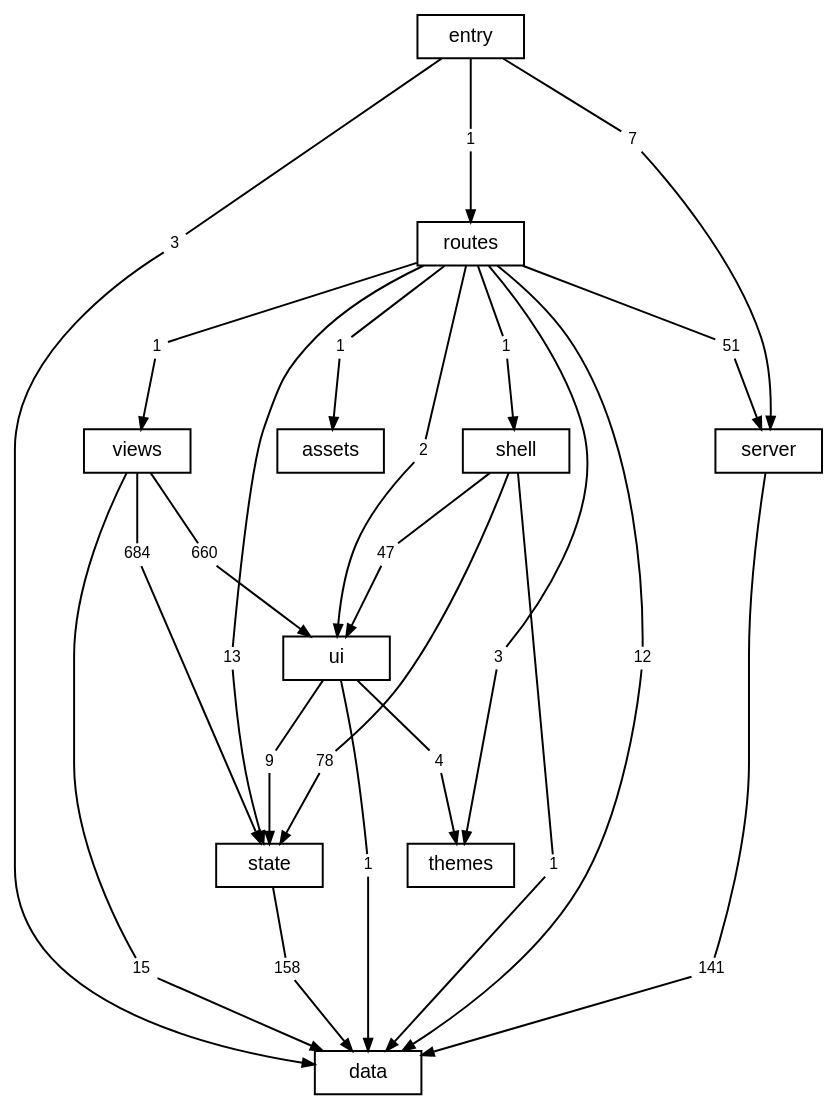
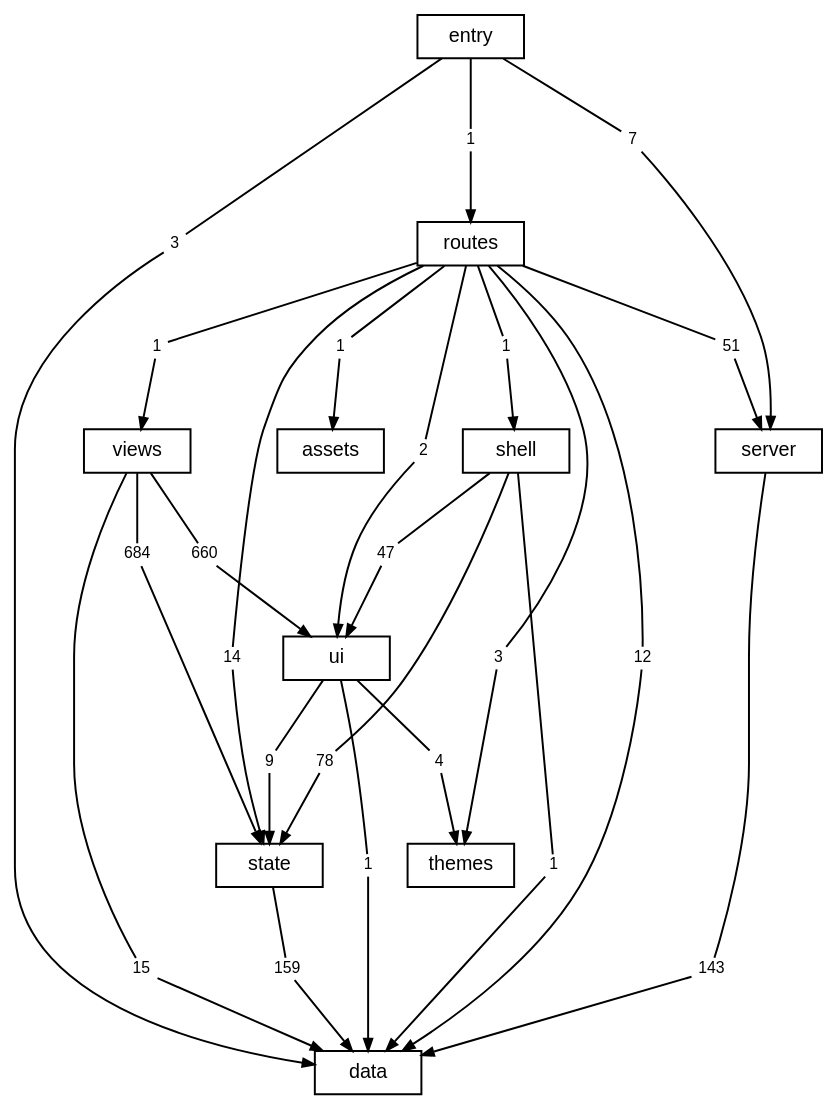
One commit to TheAxeC/oculus changed the diagram in docs/diagrams/layers.dot. Above: the diagram before and after it, drawn with Graphviz. The commit also changed 63 other files, not shown here.

```diff
--- a/docs/diagrams/layers.dot
+++ b/docs/diagrams/layers.dot
@@ -1,81 +1,81 @@
 digraph layers {
     graph [bgcolor="transparent", rankdir=TB, newrank=true, fontname="Helvetica,Arial,sans-serif", fontsize=12, nodesep=0.2, ranksep=0.5];
     node [shape=box, color="black", fontcolor="black", fontname="Helvetica,Arial,sans-serif", fontsize=10, height=0.3, margin="0.12,0.04"];
     edge [color="black", fontcolor="black", fontname="Helvetica,Arial,sans-serif", fontsize=8, arrowsize=0.6];
     "data";
     "server";
     "state";
     "ui";
     "shell";
     "views";
     "themes";
     "routes";
     "src" [label="entry"];
     "files: assets" [label="assets"];
     "routes to data" [label="12", shape=box, color="transparent", fontsize=8, width=0, height=0, margin="0.04,0.02"];
     "routes" -> "routes to data" [arrowhead=none];
     "routes to data" -> "data" [];
     "routes to files: assets" [label="1", shape=box, color="transparent", fontsize=8, width=0, height=0, margin="0.04,0.02"];
     "routes" -> "routes to files: assets" [arrowhead=none];
     "routes to files: assets" -> "files: assets" [];
     "routes to server" [label="51", shape=box, color="transparent", fontsize=8, width=0, height=0, margin="0.04,0.02"];
     "routes" -> "routes to server" [arrowhead=none];
     "routes to server" -> "server" [];
     "routes to shell" [label="1", shape=box, color="transparent", fontsize=8, width=0, height=0, margin="0.04,0.02"];
     "routes" -> "routes to shell" [arrowhead=none];
     "routes to shell" -> "shell" [];
-    "routes to state" [label="13", shape=box, color="transparent", fontsize=8, width=0, height=0, margin="0.04,0.02"];
+    "routes to state" [label="14", shape=box, color="transparent", fontsize=8, width=0, height=0, margin="0.04,0.02"];
     "routes" -> "routes to state" [arrowhead=none];
     "routes to state" -> "state" [];
     "routes to themes" [label="3", shape=box, color="transparent", fontsize=8, width=0, height=0, margin="0.04,0.02"];
     "routes" -> "routes to themes" [arrowhead=none];
     "routes to themes" -> "themes" [];
     "routes to ui" [label="2", shape=box, color="transparent", fontsize=8, width=0, height=0, margin="0.04,0.02"];
     "routes" -> "routes to ui" [arrowhead=none];
     "routes to ui" -> "ui" [];
     "routes to views" [label="1", shape=box, color="transparent", fontsize=8, width=0, height=0, margin="0.04,0.02"];
     "routes" -> "routes to views" [arrowhead=none];
     "routes to views" -> "views" [];
-    "server to data" [label="141", shape=box, color="transparent", fontsize=8, width=0, height=0, margin="0.04,0.02"];
+    "server to data" [label="143", shape=box, color="transparent", fontsize=8, width=0, height=0, margin="0.04,0.02"];
     "server" -> "server to data" [arrowhead=none];
     "server to data" -> "data" [];
     "shell to data" [label="1", shape=box, color="transparent", fontsize=8, width=0, height=0, margin="0.04,0.02"];
     "shell" -> "shell to data" [arrowhead=none];
     "shell to data" -> "data" [];
     "shell to state" [label="78", shape=box, color="transparent", fontsize=8, width=0, height=0, margin="0.04,0.02"];
     "shell" -> "shell to state" [arrowhead=none];
     "shell to state" -> "state" [];
     "shell to ui" [label="47", shape=box, color="transparent", fontsize=8, width=0, height=0, margin="0.04,0.02"];
     "shell" -> "shell to ui" [arrowhead=none];
     "shell to ui" -> "ui" [];
     "src to data" [label="3", shape=box, color="transparent", fontsize=8, width=0, height=0, margin="0.04,0.02"];
     "src" -> "src to data" [arrowhead=none];
     "src to data" -> "data" [];
     "src to routes" [label="1", shape=box, color="transparent", fontsize=8, width=0, height=0, margin="0.04,0.02"];
     "src" -> "src to routes" [arrowhead=none];
     "src to routes" -> "routes" [];
     "src to server" [label="7", shape=box, color="transparent", fontsize=8, width=0, height=0, margin="0.04,0.02"];
     "src" -> "src to server" [arrowhead=none];
     "src to server" -> "server" [];
-    "state to data" [label="158", shape=box, color="transparent", fontsize=8, width=0, height=0, margin="0.04,0.02"];
+    "state to data" [label="159", shape=box, color="transparent", fontsize=8, width=0, height=0, margin="0.04,0.02"];
     "state" -> "state to data" [arrowhead=none];
     "state to data" -> "data" [];
     "ui to data" [label="1", shape=box, color="transparent", fontsize=8, width=0, height=0, margin="0.04,0.02"];
     "ui" -> "ui to data" [arrowhead=none];
     "ui to data" -> "data" [];
     "ui to state" [label="9", shape=box, color="transparent", fontsize=8, width=0, height=0, margin="0.04,0.02"];
     "ui" -> "ui to state" [arrowhead=none];
     "ui to state" -> "state" [];
     "ui to themes" [label="4", shape=box, color="transparent", fontsize=8, width=0, height=0, margin="0.04,0.02"];
     "ui" -> "ui to themes" [arrowhead=none];
     "ui to themes" -> "themes" [];
     "views to data" [label="15", shape=box, color="transparent", fontsize=8, width=0, height=0, margin="0.04,0.02"];
     "views" -> "views to data" [arrowhead=none];
     "views to data" -> "data" [];
     "views to state" [label="684", shape=box, color="transparent", fontsize=8, width=0, height=0, margin="0.04,0.02"];
     "views" -> "views to state" [arrowhead=none];
     "views to state" -> "state" [];
     "views to ui" [label="660", shape=box, color="transparent", fontsize=8, width=0, height=0, margin="0.04,0.02"];
     "views" -> "views to ui" [arrowhead=none];
     "views to ui" -> "ui" [];
 }
```
